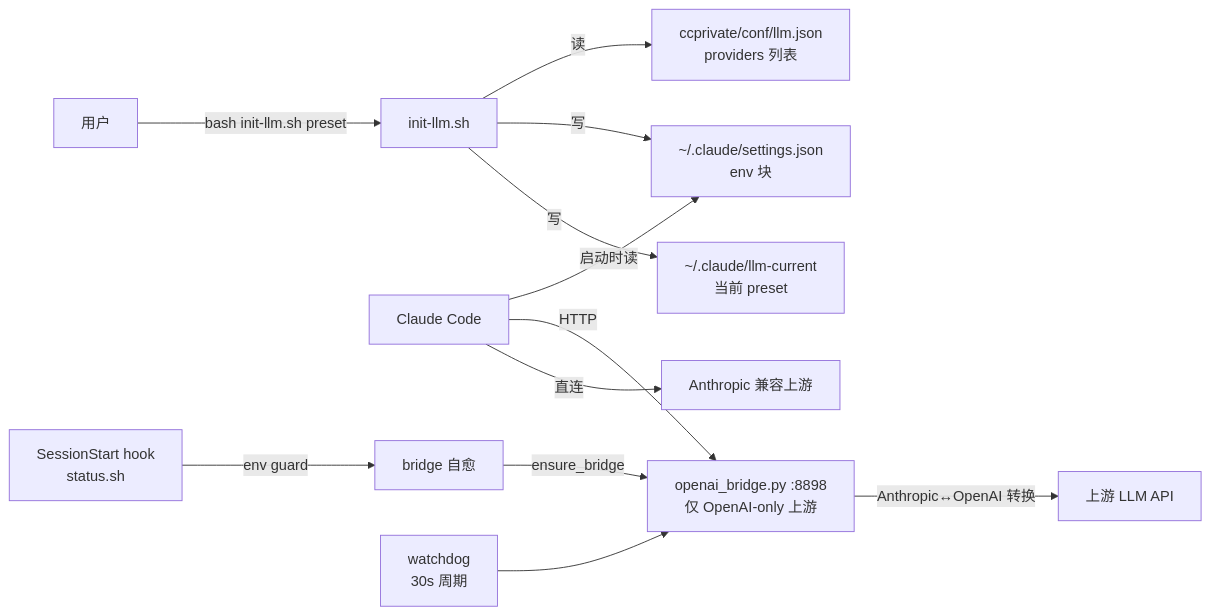
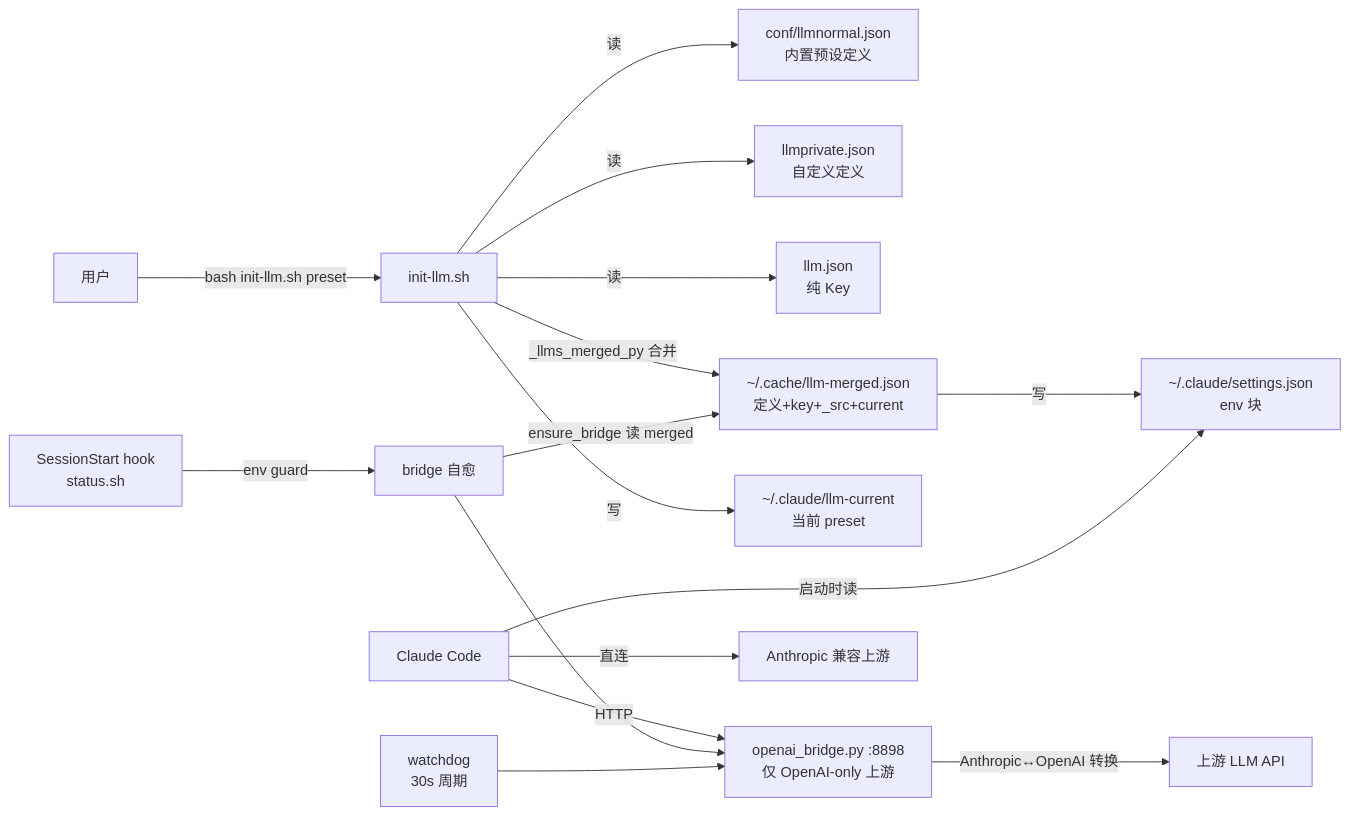
Before and after one commit to mengfanchun2017/ccconfig: the diagram in docs/init-llm.md, drawn with Mermaid. The commit also changed other lines of this file and 17 other files, not shown here.

````diff
--- a/docs/init-llm.md
+++ b/docs/init-llm.md
@@ -11,17 +11,19 @@
 ```mermaid
 flowchart LR
     User[用户] -->|bash init-llm.sh preset| Init[init-llm.sh]
-    Init -->|读| LLMJson[ccprivate/conf/llm.json<br/>providers 列表]
-    Init -->|写| Settings[~/.claude/settings.json<br/>env 块]
+    Init -->|读| LLMNormal[conf/llmnormal.json<br/>内置预设定义] & LLMPriv[llmprivate.json<br/>自定义定义] & LLMKeys[llm.json<br/>纯 Key]
+    Init -->|_llms_merged_py 合并| Merged[~/.cache/llm-merged.json<br/>定义+key+_src+current]
+    Merged -->|写| Settings[~/.claude/settings.json<br/>env 块]
     Init -->|写| LLMCurrent[~/.claude/llm-current<br/>当前 preset]
 
     Claude[Claude Code] -->|启动时读| Settings
     Claude -->|HTTP| Bridge[openai_bridge.py :8898<br/>仅 OpenAI-only 上游]
     Bridge -->|Anthropic↔OpenAI 转换| Upstream[上游 LLM API]
     Claude -->|直连| Direct[Anthropic 兼容上游]
 
     SessionStart[SessionStart hook<br/>status.sh] -->|env guard| Heal[bridge 自愈]
-    Heal -->|ensure_bridge| Bridge
+    Heal -->|ensure_bridge 读 merged| Merged
+    Heal --> Bridge
 
     WD[watchdog<br/>30s 周期] --> Bridge
 ```
````
